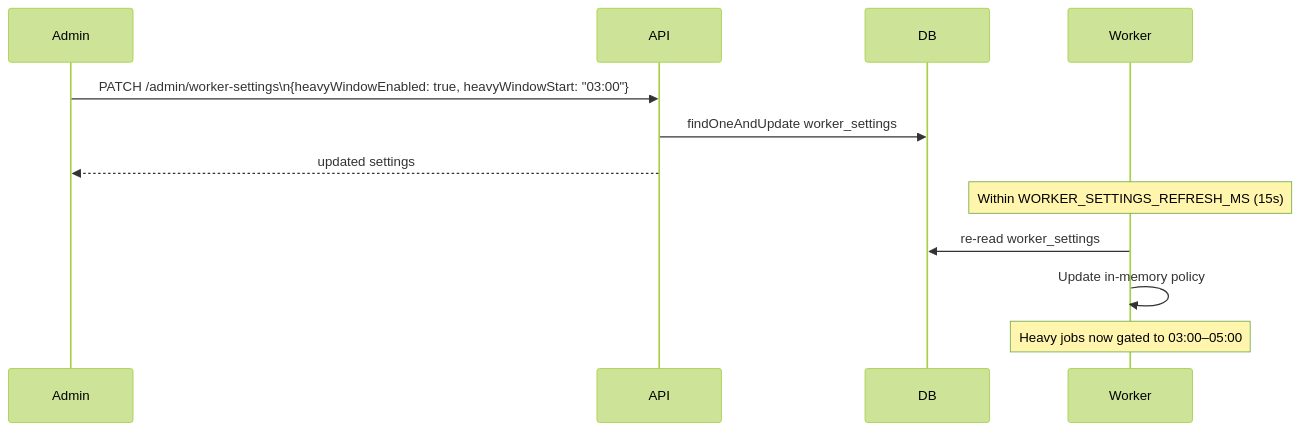
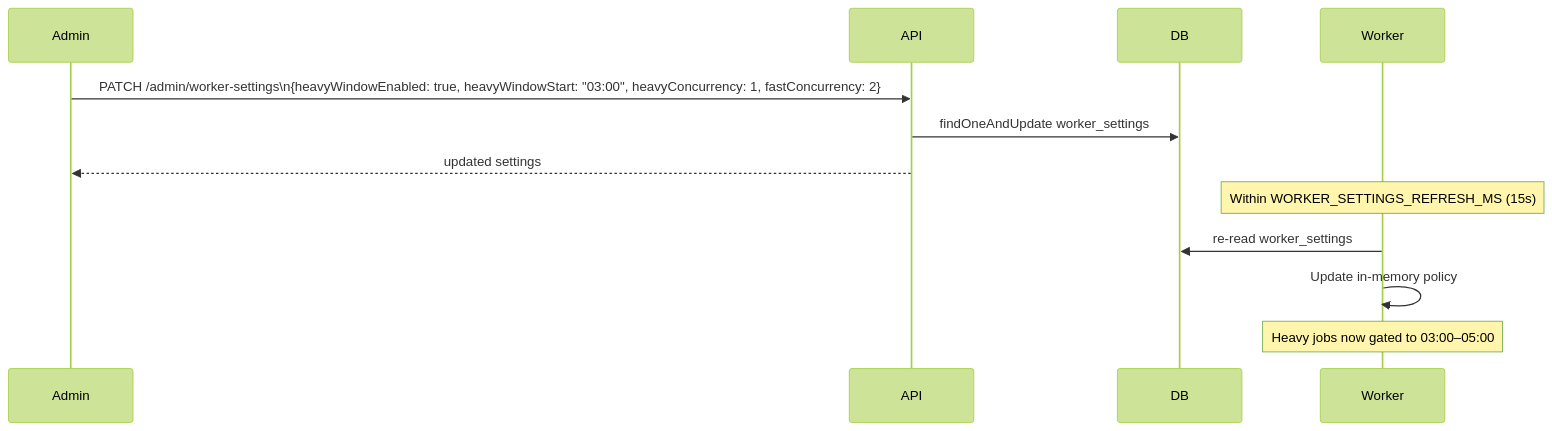
The fourth of 4 diagrams in docs/platform/api-worker-integration.md (a3emond/audiobook-platform), drawn with Mermaid (forest theme) before and after one commit. The commit also changed other lines of this file and 18 other files, not shown here.

First line of the commit message:
feat(worker,admin): add lane-based concurrency and persist upload queue across admin navigation

````diff
--- a/docs/platform/api-worker-integration.md
+++ b/docs/platform/api-worker-integration.md
@@ -192,17 +198,17 @@
 ```mermaid
 sequenceDiagram
     participant Admin
     participant API
     participant DB
     participant Worker
 
-    Admin->>API: PATCH /admin/worker-settings\n{heavyWindowEnabled: true, heavyWindowStart: "03:00"}
+    Admin->>API: PATCH /admin/worker-settings\n{heavyWindowEnabled: true, heavyWindowStart: "03:00", heavyConcurrency: 1, fastConcurrency: 2}
     API->>DB: findOneAndUpdate worker_settings
     API-->>Admin: updated settings
 
     Note over Worker: Within WORKER_SETTINGS_REFRESH_MS (15s)
 
     Worker->>DB: re-read worker_settings
     Worker->>Worker: Update in-memory policy
     Note over Worker: Heavy jobs now gated to 03:00–05:00
 ```
````
